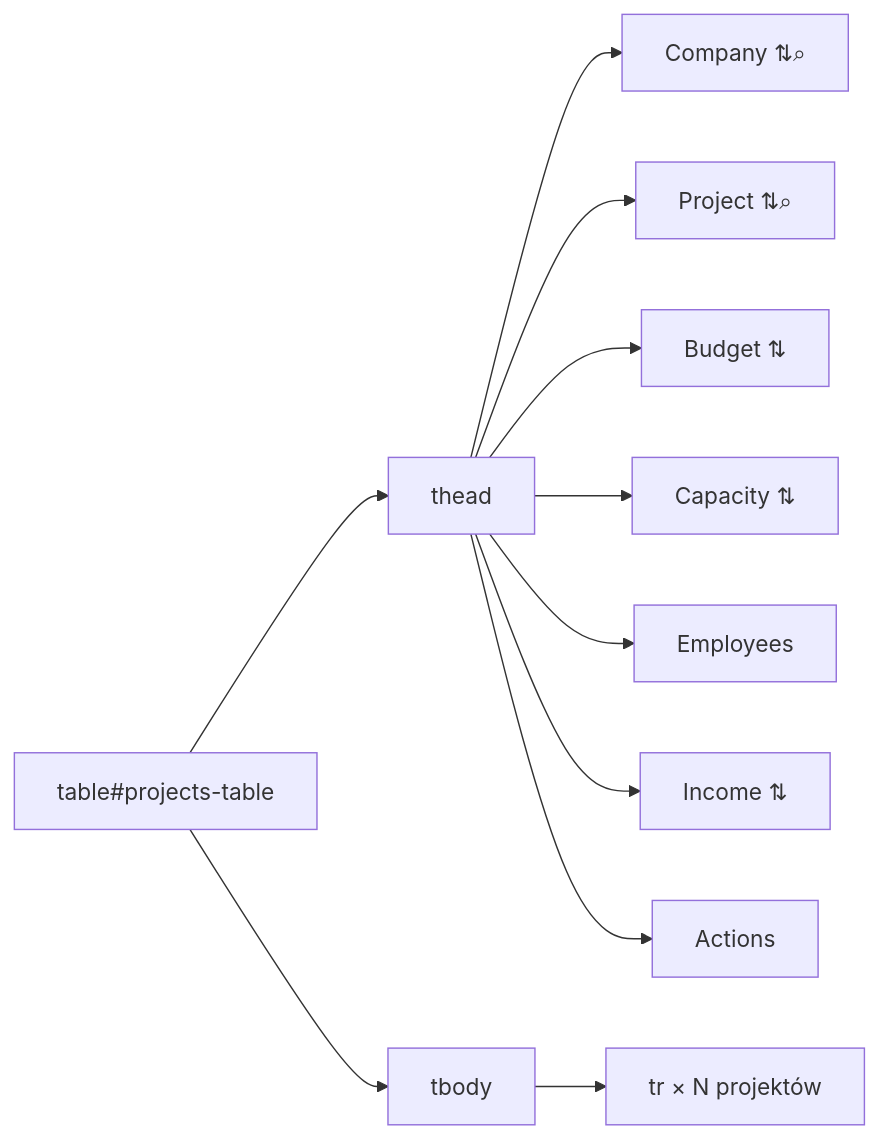
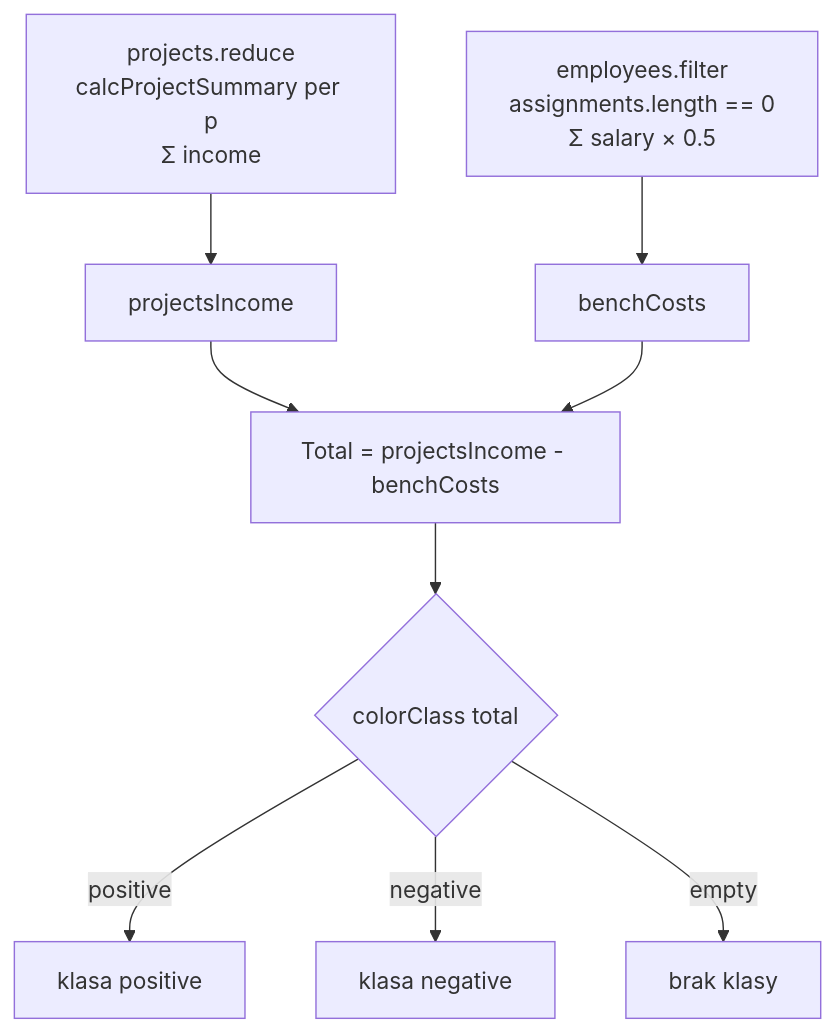
The tenth of 10 diagrams in doc/etap2_mermaid.md (AlanKowalzky/dashboard-project), drawn with Mermaid before and after one commit. The commit also changed other lines of this file and 10 other files, not shown here.

````diff
--- a/doc/etap2_mermaid.md
+++ b/doc/etap2_mermaid.md
@@ -80,13 +129,11 @@
 ```mermaid
-graph LR
-    TABLE[table#projects-table] --> THEAD[thead]
-    TABLE --> TBODY[tbody]
-    THEAD --> TH1[Company ⇅⌕]
-    THEAD --> TH2[Project ⇅⌕]
-    THEAD --> TH3[Budget ⇅]
-    THEAD --> TH4[Capacity ⇅]
-    THEAD --> TH5[Employees]
-    THEAD --> TH6[Income ⇅]
-    THEAD --> TH7[Actions]
-    TBODY --> TR[tr × N projektów]
+flowchart TD
+    PROJ[projects.reduce\ncalcProjectSummary per p\nΣ income] --> PINCOME[projectsIncome]
+    EMP[employees.filter\nassignments.length == 0\nΣ salary × 0.5] --> BENCH[benchCosts]
+    PINCOME --> TOTAL[Total = projectsIncome - benchCosts]
+    BENCH --> TOTAL
+    TOTAL --> COLOR{colorClass total}
+    COLOR -- positive --> GREEN[klasa positive]
+    COLOR -- negative --> RED[klasa negative]
+    COLOR -- empty --> NEUTRAL[brak klasy]
 ```
````
